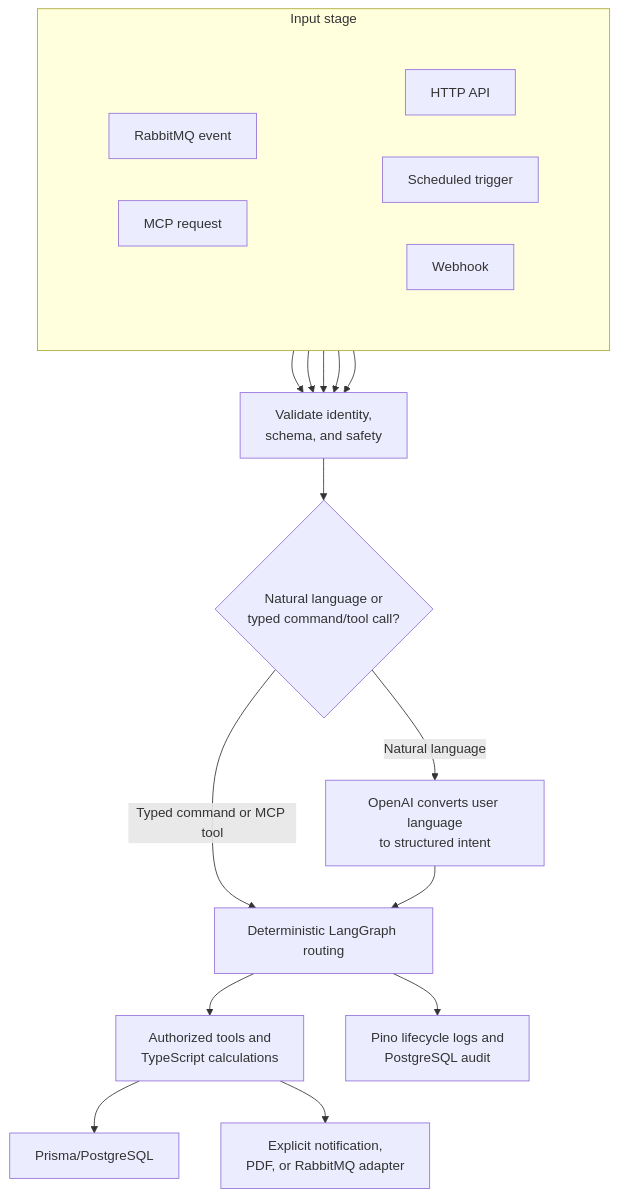
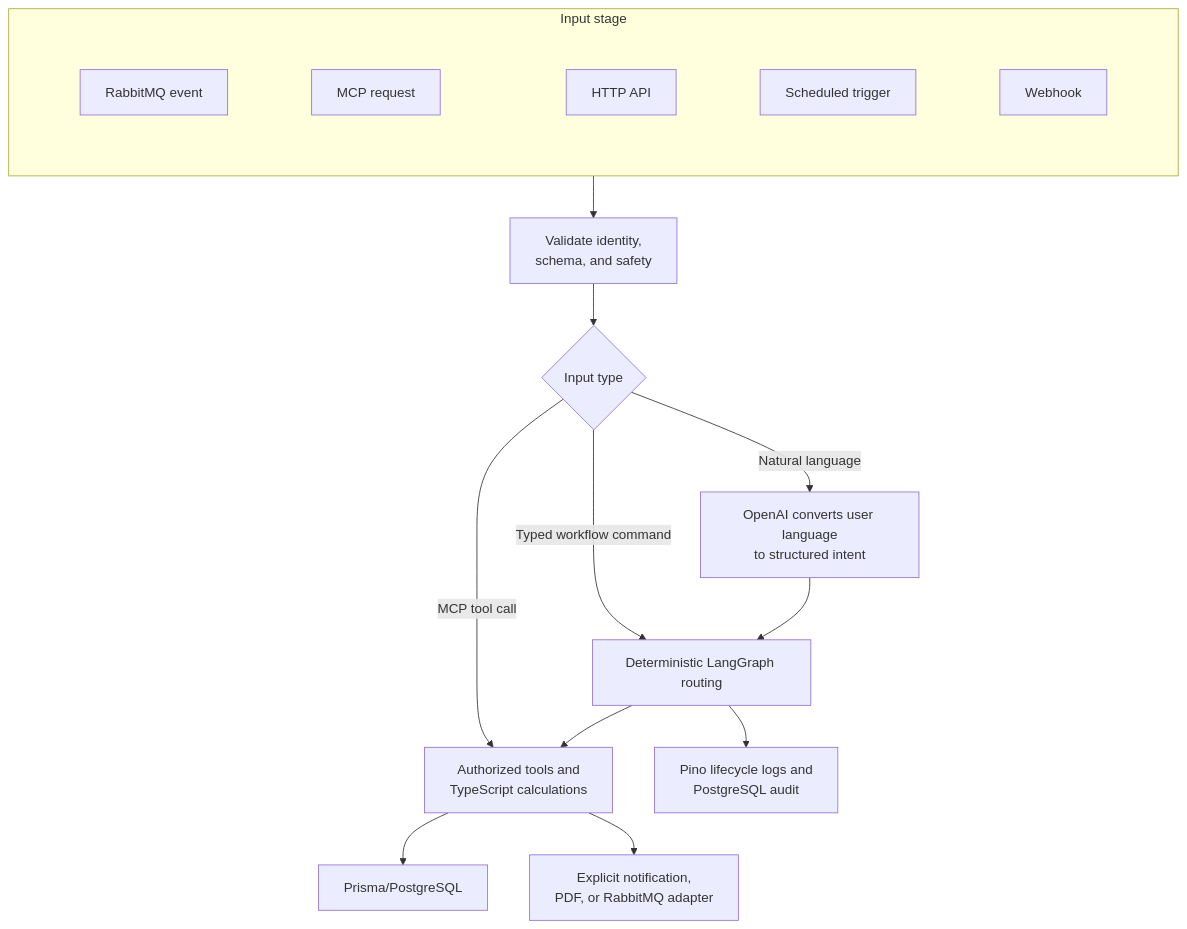
One commit to ramioooz/hcm-agentic-llmops changed the first of 3 diagrams in README.md. Above: the diagram before and after it, drawn with Mermaid.

Commit message:
docs: preserve input layout and MCP path

````diff
--- a/README.md
+++ b/README.md
@@ -230,40 +230,33 @@
 ```mermaid
 flowchart TD
     subgraph Inputs["Input stage"]
         direction TB
 
         subgraph InputRow1[" "]
             direction LR
-            HTTP["HTTP API"]
-            Schedule["Scheduled trigger"]
-            Webhook["Webhook"]
+            HTTP["HTTP API"] ~~~ Schedule["Scheduled trigger"] ~~~ Webhook["Webhook"]
         end
 
         subgraph InputRow2[" "]
             direction LR
-            RabbitMQ["RabbitMQ event"]
-            MCP["MCP request"]
+            RabbitMQ["RabbitMQ event"] ~~~ MCP["MCP request"]
         end
     end
 
     style InputRow1 fill:none,stroke:none
     style InputRow2 fill:none,stroke:none
 
-    HTTP --> Validate
-    Schedule --> Validate
-    Webhook --> Validate
-    RabbitMQ --> Validate
-    MCP --> Validate
-
+    Inputs --> Validate
     Validate["Validate identity,<br/>schema, and safety"]
-    InputType{"Natural language or<br/>typed command/tool call?"}
+    InputType{"Input type"}
     Intent["OpenAI converts user language<br/>to structured intent"]
     Validate --> InputType
     InputType -->|Natural language| Intent
-    InputType -->|Typed command or MCP tool| Route["Deterministic LangGraph routing"]
+    InputType -->|Typed workflow command| Route["Deterministic LangGraph routing"]
+    InputType -->|MCP tool call| Tools
     Intent --> Route
     Route --> Tools["Authorized tools and<br/>TypeScript calculations"]
     Tools --> Data["Prisma/PostgreSQL"]
     Tools --> Effects["Explicit notification,<br/>PDF, or RabbitMQ adapter"]
     Route --> Audit["Pino lifecycle logs and<br/>PostgreSQL audit"]
 ```
````
